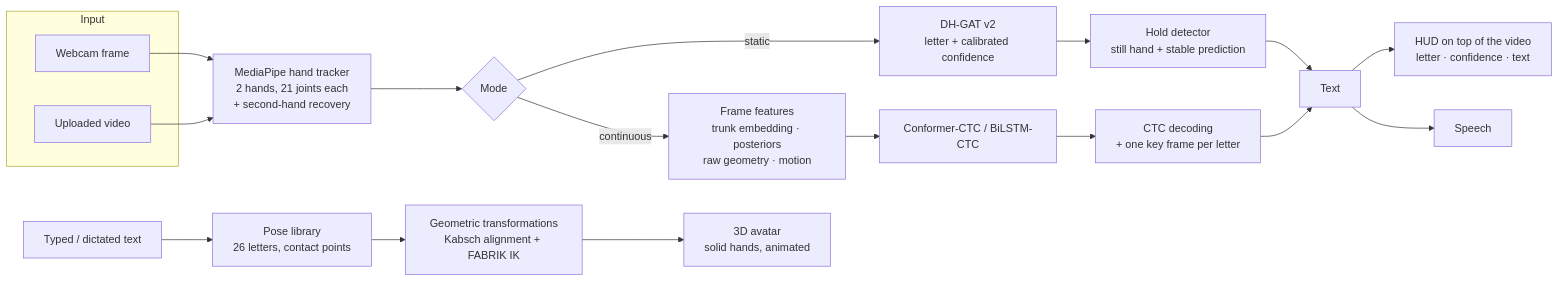
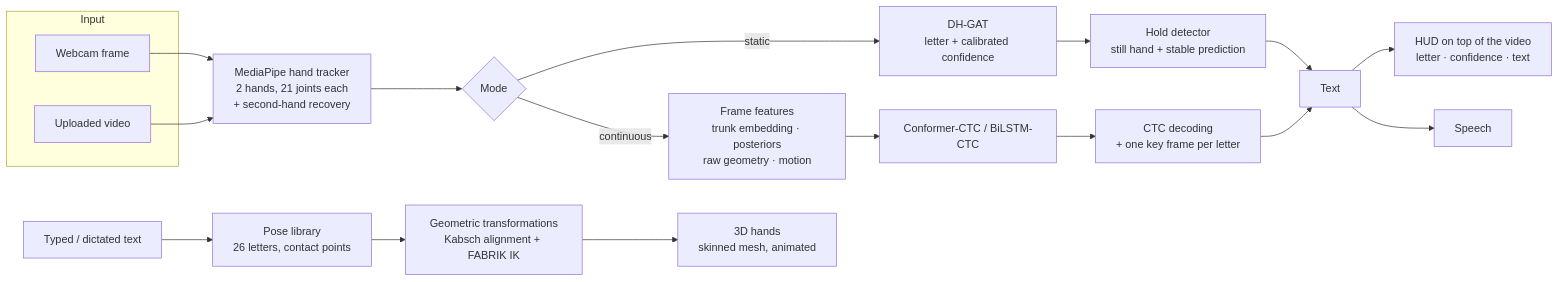
Before and after one commit to BarnabaBobbili/ISL-Fingerspelling: the first of 2 diagrams in docs-site/docs/architecture/overview.md, drawn with Mermaid. The commit also changed other lines of this file and 142 other files, not shown here.

````diff
--- a/docs-site/docs/architecture/overview.md
+++ b/docs-site/docs/architecture/overview.md
@@ -10,23 +10,23 @@
 ```mermaid
 flowchart LR
     subgraph IN[Input]
       CAM[Webcam frame]
       VID[Uploaded video]
     end
     CAM --> TRK
     VID --> TRK
     TRK["MediaPipe hand tracker<br/>2 hands, 21 joints each<br/>+ second-hand recovery"] --> MODE{Mode}
-    MODE -->|static| CLS["DH-GAT v2<br/>letter + calibrated confidence"]
+    MODE -->|static| CLS["DH-GAT<br/>letter + calibrated confidence"]
     CLS --> HOLD["Hold detector<br/>still hand + stable prediction"]
     HOLD --> TXT
     MODE -->|continuous| FEAT["Frame features<br/>trunk embedding · posteriors<br/>raw geometry · motion"]
     FEAT --> SEQ["Conformer-CTC / BiLSTM-CTC"]
     SEQ --> DEC["CTC decoding<br/>+ one key frame per letter"]
     DEC --> TXT["Text"]
     TXT --> HUD["HUD on top of the video<br/>letter · confidence · text"]
     TXT --> SPK[Speech]
 
     T2S[Typed / dictated text] --> POSES["Pose library<br/>26 letters, contact points"]
     POSES --> GEO["Geometric transformations<br/>Kabsch alignment + FABRIK IK"]
-    GEO --> AV["3D avatar<br/>solid hands, animated"]
+    GEO --> AV["3D hands<br/>skinned mesh, animated"]
 ```
````
